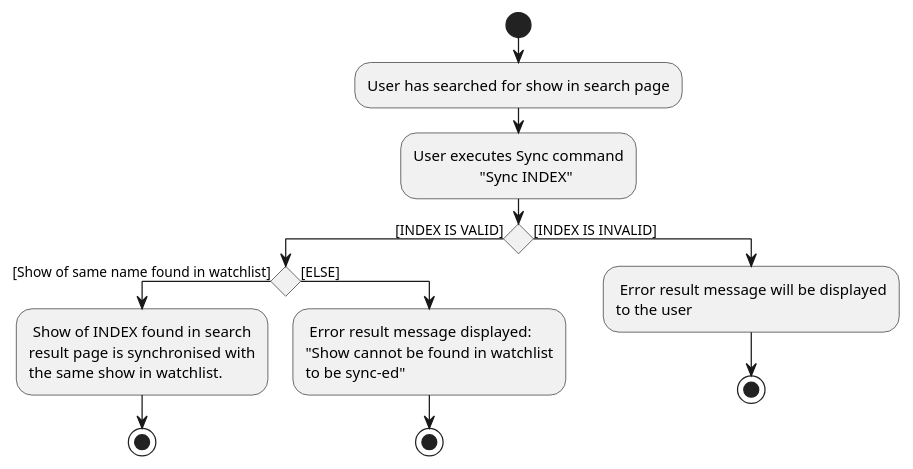
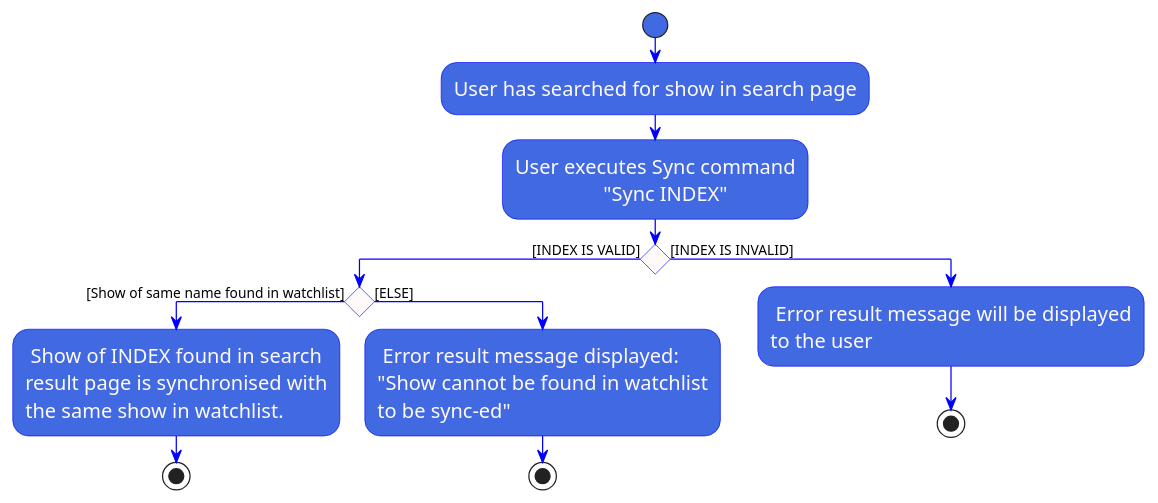
One commit to nus-cs2103-AY1920S1/addressbook-level3 changed the diagram in docs/diagrams/plantuml/SyncActivityDiagram.puml. Above: the diagram before and after it, drawn with PlantUML. The commit also changed 4 other files, not shown here.

```diff
--- a/docs/diagrams/plantuml/SyncActivityDiagram.puml
+++ b/docs/diagrams/plantuml/SyncActivityDiagram.puml
@@ -1,26 +1,47 @@
 @startuml
+skinparam backgroundColor white
+skinparam activity {
+  StartColor RoyalBlue
+  EndColor RoyalBlue
+  BackgroundColor RoyalBlue
+  arrowColor Blue
+  activityDiamondBackgroundColor Blue
+  activityBarColor blue
+  BorderColor blue
+  ControlBackgroundColor white
+  FontColor Snow
+  FontName Calibri
+  FontSize 16
+}
+
+skinparam activityDiamond {
+    BackgroundColor Snow
+    BorderColor blue
+    FontSize 24
+}
+
 start
 :User has searched for show in search page;
 :User executes Sync command
                  "Sync INDEX";
 
 'Since the beta syntax does not support placing the condition outside the
 'diamond we place it as the true branch instead.
 
 if () then ([INDEX IS VALID])
 if () then ([Show of same name found in watchlist])
     : Show of INDEX found in search
     result page is synchronised with
     the same show in watchlist.;
     stop
 else ([ELSE])
     : Error result message displayed:
     "Show cannot be found in watchlist
     to be sync-ed";
     stop
   endif
 else([INDEX IS INVALID])
    : Error result message will be displayed
    to the user;
 stop
 @enduml
```
